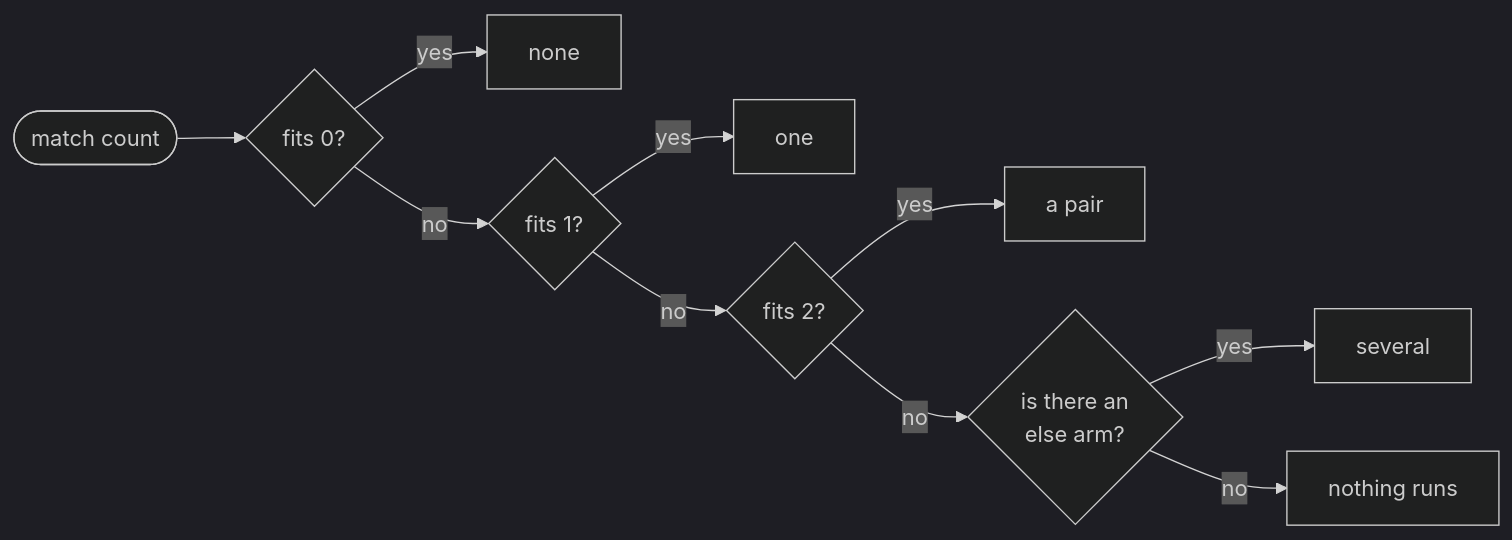
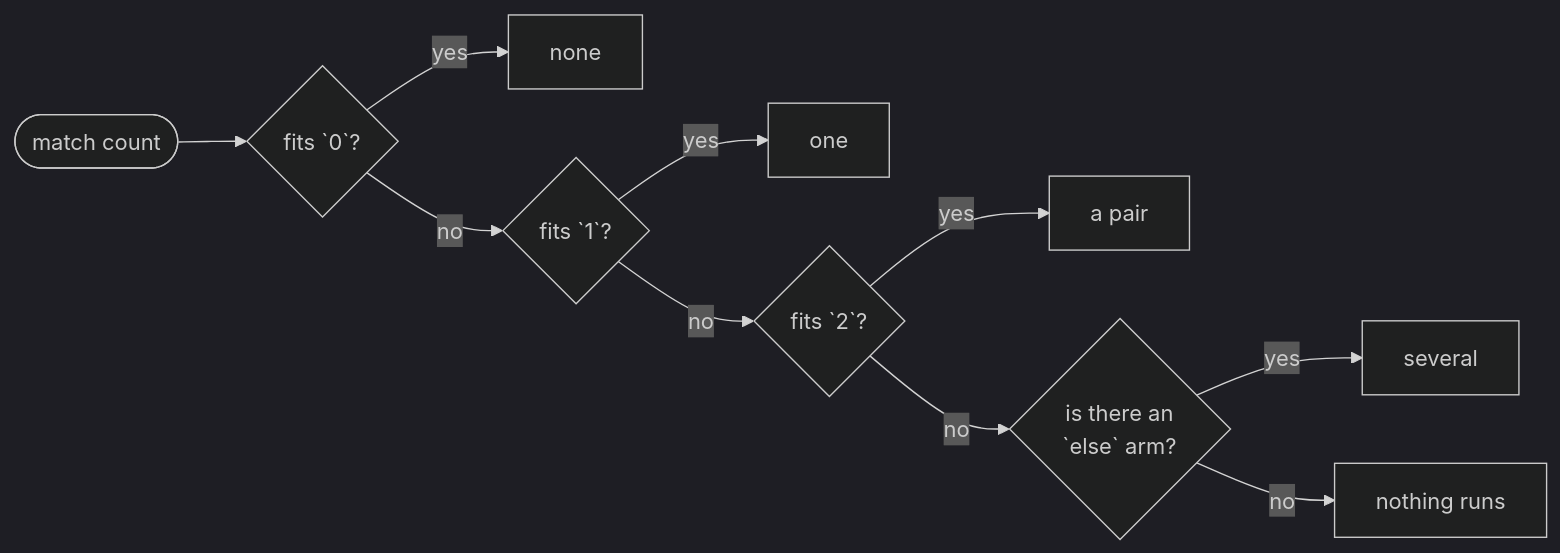
One commit to rux-lang/Web changed the diagram in content/docs/1.learn/03.control-flow/12.match.md. Above: the diagram before and after it, drawn with Mermaid (dark theme). The commit also changed 49 other files, not shown here.

````diff
--- a/content/docs/1.learn/03.control-flow/12.match.md
+++ b/content/docs/1.learn/03.control-flow/12.match.md
@@ -43,12 +43,12 @@
 ```mermaid
 flowchart LR
-    v(["match count"]) --> a0{"fits 0?"}
-    a0 -- "yes" --> r0["none"]
-    a0 -- "no" --> a1{"fits 1?"}
-    a1 -- "yes" --> r1["one"]
-    a1 -- "no" --> a2{"fits 2?"}
-    a2 -- "yes" --> r2["a pair"]
-    a2 -- "no" --> e{"is there an<br/>else arm?"}
-    e -- "yes" --> re["several"]
+    v(["`match count`"]) --> a0{"fits `0`?"}
+    a0 -- "yes" --> r0["`none`"]
+    a0 -- "no" --> a1{"fits `1`?"}
+    a1 -- "yes" --> r1["`one`"]
+    a1 -- "no" --> a2{"fits `2`?"}
+    a2 -- "yes" --> r2["`a pair`"]
+    a2 -- "no" --> e{"is there an<br/>`else` arm?"}
+    e -- "yes" --> re["`several`"]
     e -- "no" --> skip["nothing runs"]
 ```
````
